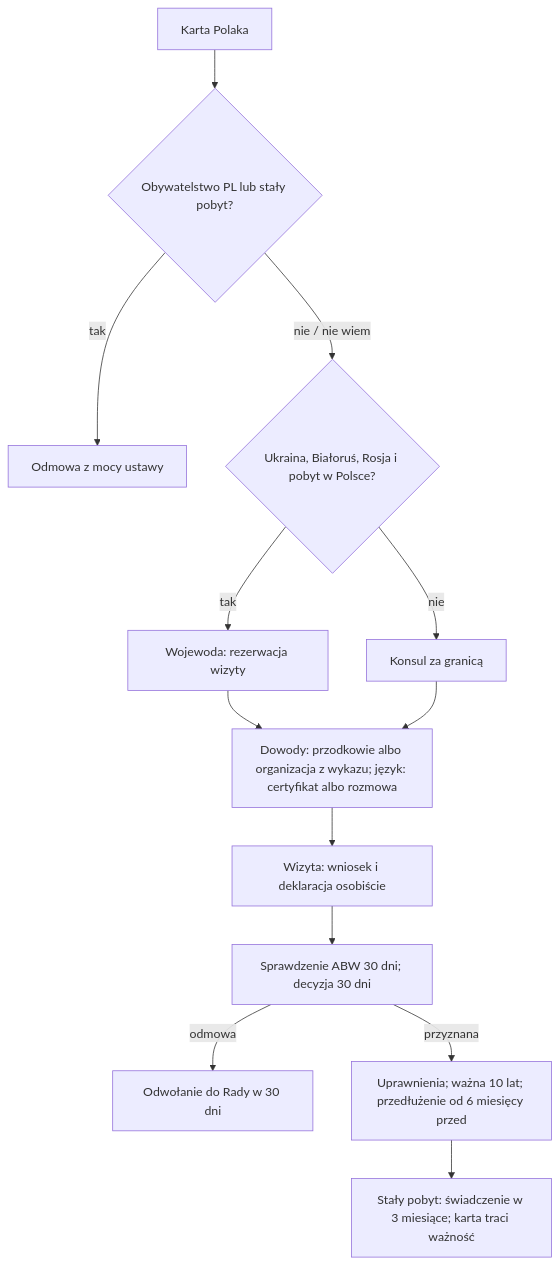
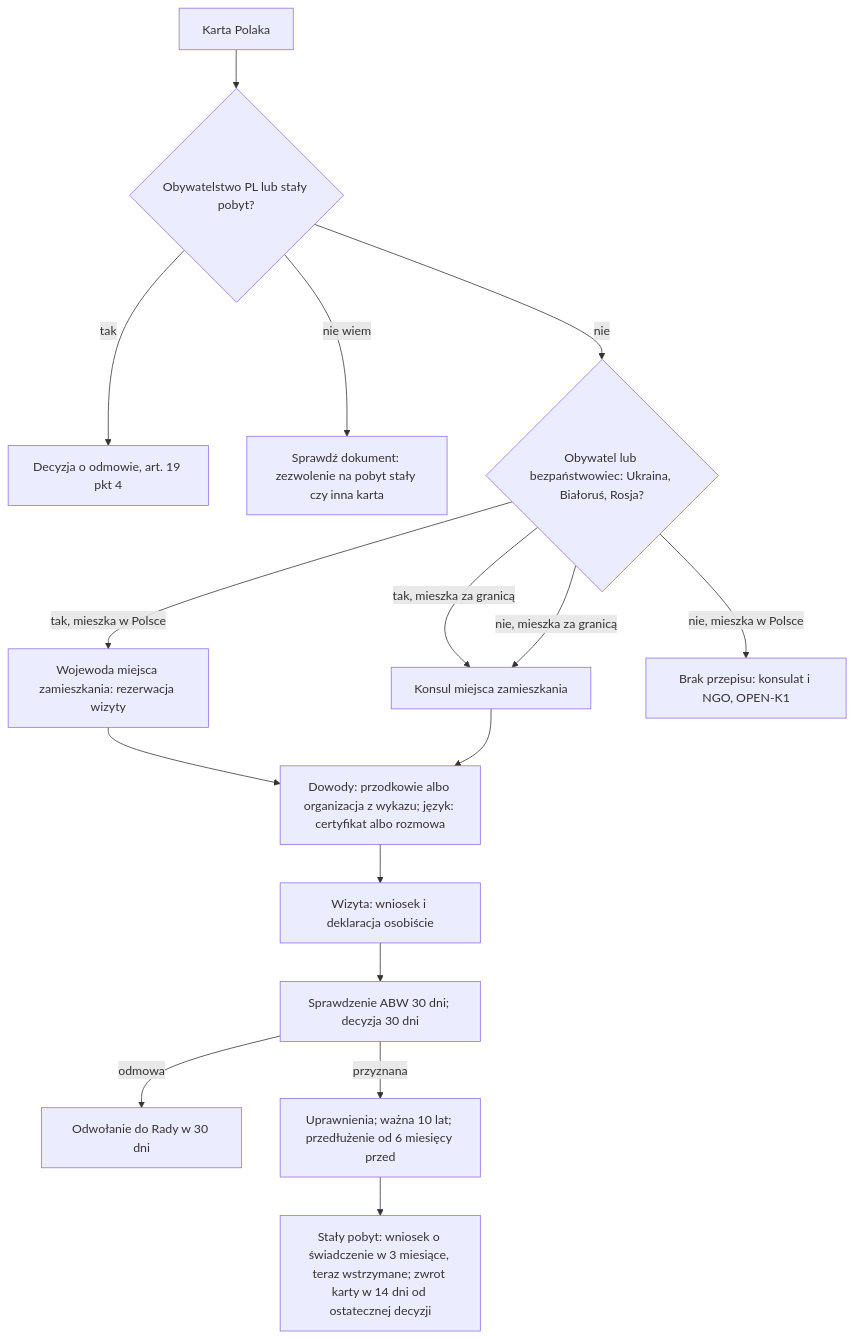
The diagram in docs/formalka-next/maps/karta-polaka.md (wrzalkosowskilukaszz/formalka-next), drawn with Mermaid before and after one commit. The commit also changed other lines of this file and 11 other files, not shown here.

````diff
--- a/docs/formalka-next/maps/karta-polaka.md
+++ b/docs/formalka-next/maps/karta-polaka.md
@@ -112,15 +115,18 @@
 ```mermaid
 flowchart TD
   A[Karta Polaka] --> B{Obywatelstwo PL lub stały pobyt?}
-  B -- tak --> X[Odmowa z mocy ustawy]
-  B -- nie / nie wiem --> C{Ukraina, Białoruś, Rosja i pobyt w Polsce?}
-  C -- tak --> W[Wojewoda: rezerwacja wizyty]
-  C -- nie --> K[Konsul za granicą]
+  B -- tak --> X[Decyzja o odmowie, art. 19 pkt 4]
+  B -- nie wiem --> Y[Sprawdź dokument: zezwolenie na pobyt stały czy inna karta]
+  B -- nie --> C{Obywatel lub bezpaństwowiec: Ukraina, Białoruś, Rosja?}
+  C -- tak, mieszka w Polsce --> W[Wojewoda miejsca zamieszkania: rezerwacja wizyty]
+  C -- tak, mieszka za granicą --> K[Konsul miejsca zamieszkania]
+  C -- nie, mieszka za granicą --> K
+  C -- nie, mieszka w Polsce --> Q[Brak przepisu: konsulat i NGO, OPEN-K1]
   W --> D[Dowody: przodkowie albo organizacja z wykazu; język: certyfikat albo rozmowa]
   K --> D
   D --> E[Wizyta: wniosek i deklaracja osobiście]
   E --> F[Sprawdzenie ABW 30 dni; decyzja 30 dni]
   F -- odmowa --> O[Odwołanie do Rady w 30 dni]
   F -- przyznana --> U[Uprawnienia; ważna 10 lat; przedłużenie od 6 miesięcy przed]
-  U --> S[Stały pobyt: świadczenie w 3 miesiące; karta traci ważność]
+  U --> S[Stały pobyt: wniosek o świadczenie w 3 miesiące, teraz wstrzymane; zwrot karty w 14 dni od ostatecznej decyzji]
 ```
````
